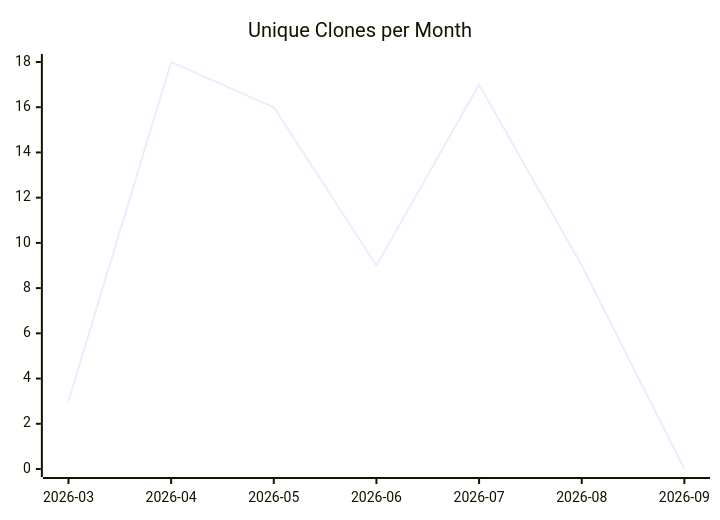
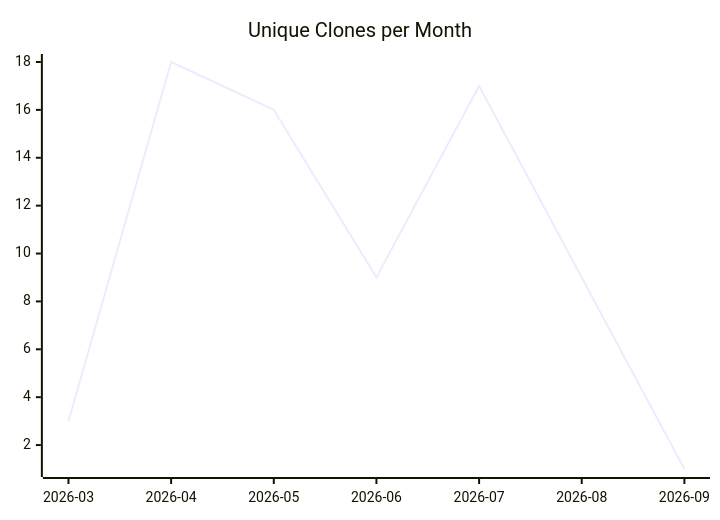
One commit to justdavis-family/github-analytics-data changed the third of 3 diagrams in karlmdavis/jessentials/README.md. Above: the diagram before and after it, drawn with Mermaid. The commit also changed other lines of this file and 191 other files, not shown here.

````diff
--- a/karlmdavis/jessentials/README.md
+++ b/karlmdavis/jessentials/README.md
@@ -19,6 +19,6 @@
 ```mermaid
 xychart-beta
   title "Unique Clones per Month"
   x-axis ["2026-03", "2026-04", "2026-05", "2026-06", "2026-07", "2026-08", "2026-09"]
-  line [3, 18, 16, 9, 17, 9, 0]
+  line [3, 18, 16, 9, 17, 9, 1]
 ```
````
